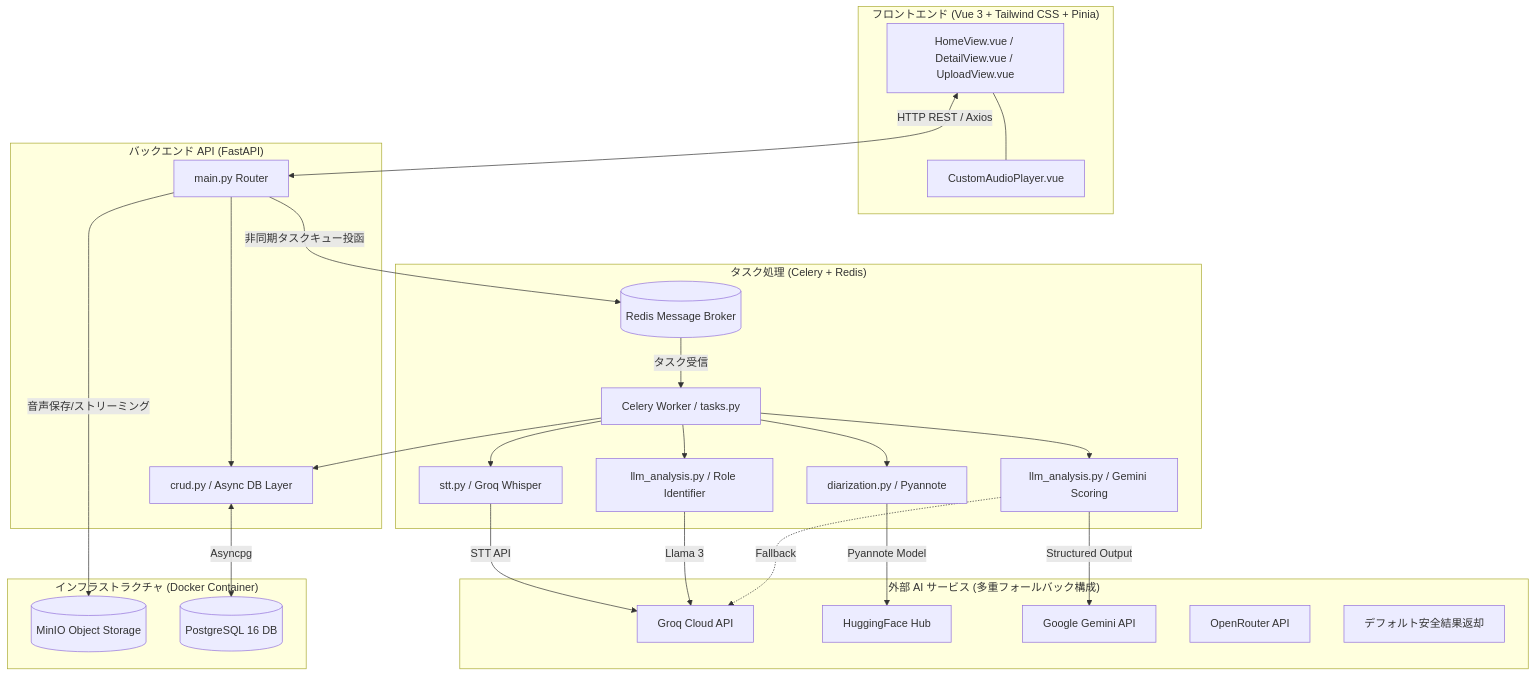
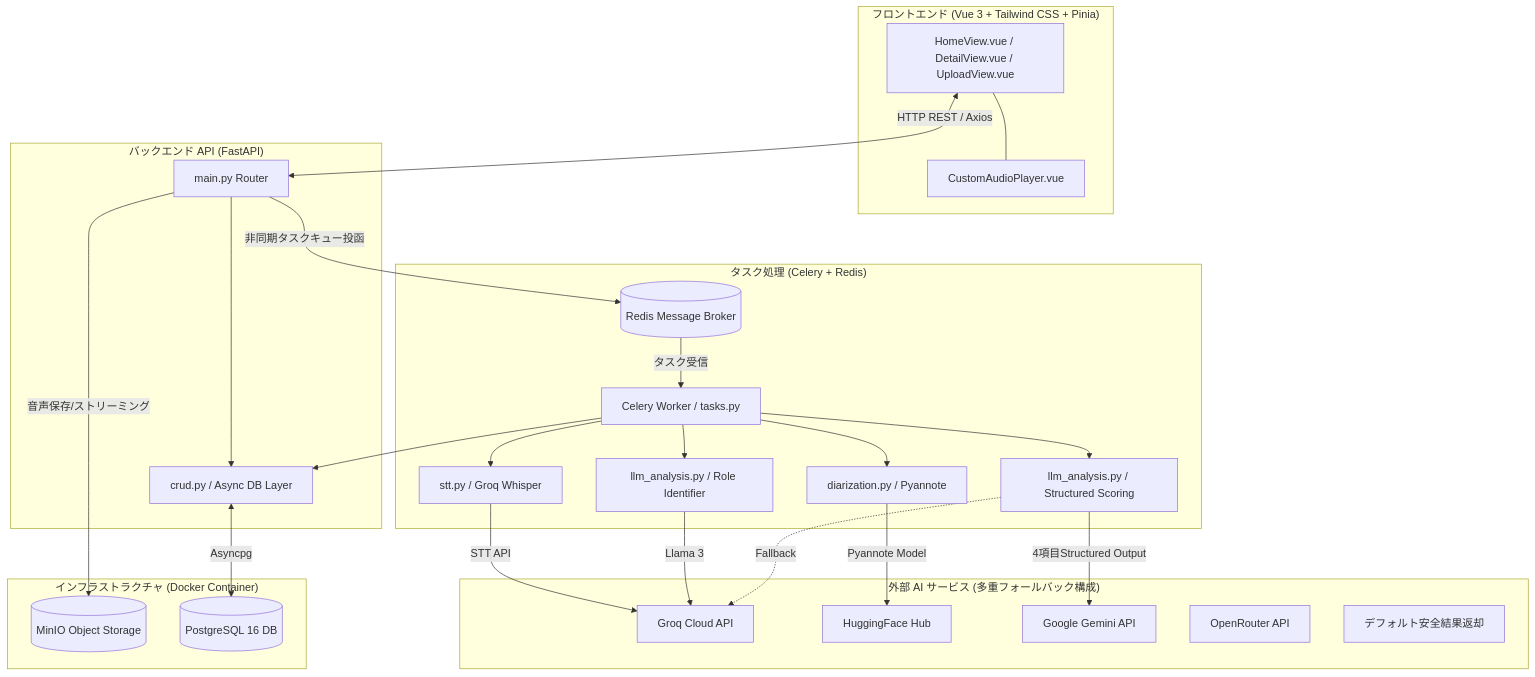
Before and after one commit to tansyu0423-creator/telesales-web-app: the first of 2 diagrams in docs/01_system_architecture.md, drawn with Mermaid. The commit also changed other lines of this file and 3 other files, not shown here.

````diff
--- a/docs/01_system_architecture.md
+++ b/docs/01_system_architecture.md
@@ -82,55 +82,55 @@
 ```mermaid
 flowchart TB
     subgraph Frontend ["フロントエンド (Vue 3 + Tailwind CSS + Pinia)"]
         UI[HomeView.vue / DetailView.vue / UploadView.vue]
         Player[CustomAudioPlayer.vue]
     end
 
     subgraph Backend ["バックエンド API (FastAPI)"]
         API[main.py Router]
         CRUD[crud.py / Async DB Layer]
     end
 
     subgraph TaskQueue ["タスク処理 (Celery + Redis)"]
         Redis[(Redis Message Broker)]
         Worker[Celery Worker / tasks.py]
         STT_MOD[stt.py / Groq Whisper]
         DIAR_MOD[diarization.py / Pyannote]
         LLM_ROLE[llm_analysis.py / Role Identifier]
-        LLM_SCORE[llm_analysis.py / Gemini Scoring]
+        LLM_SCORE[llm_analysis.py / Structured Scoring]
     end
 
     subgraph External_AI ["外部 AI サービス (多重フォールバック構成)"]
         Groq_API[Groq Cloud API]
         HF_Hub[HuggingFace Hub]
         Gemini_API[Google Gemini API]
         OpenRouter_API[OpenRouter API]
         Safe_Return[デフォルト安全結果返却]
     end
 
     subgraph Infrastructure ["インフラストラクチャ (Docker Container)"]
         MinIO[(MinIO Object Storage)]
         Postgres[(PostgreSQL 16 DB)]
     end
 
     UI <-->|HTTP REST / Axios| API
     UI --- Player
     API -->|音声保存/ストリーミング| MinIO
     API -->|非同期タスクキュー投函| Redis
     Redis -->|タスク受信| Worker
 
     Worker --> STT_MOD
     Worker --> DIAR_MOD
     Worker --> LLM_ROLE
     Worker --> LLM_SCORE
 
     STT_MOD -->|STT API| Groq_API
     DIAR_MOD -->|Pyannote Model| HF_Hub
     LLM_ROLE -->|Llama 3| Groq_API
-    LLM_SCORE -->|Structured Output| Gemini_API
+    LLM_SCORE -->|4項目Structured Output| Gemini_API
     LLM_SCORE -.->|Fallback| Groq_API
 
     API --> CRUD
     Worker --> CRUD
     CRUD <-->|Asyncpg| Postgres
 ```
````
